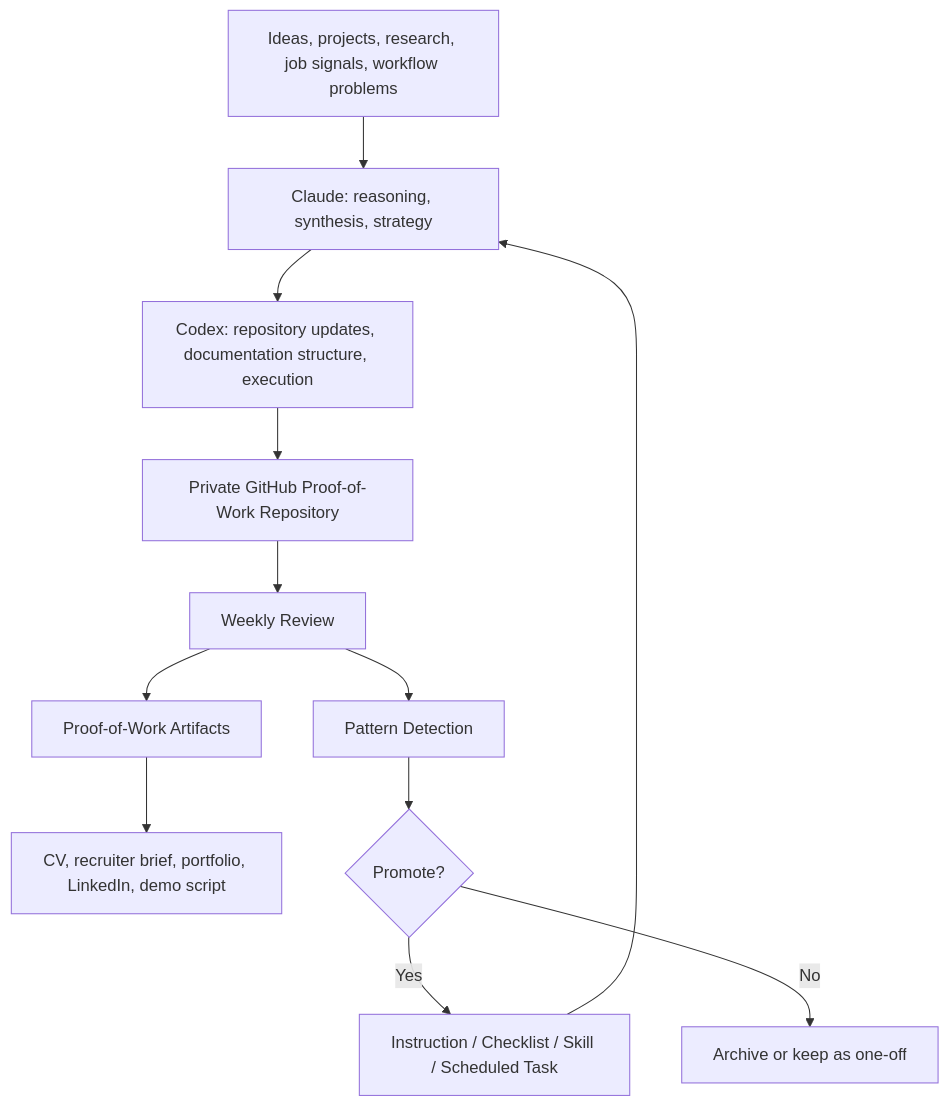
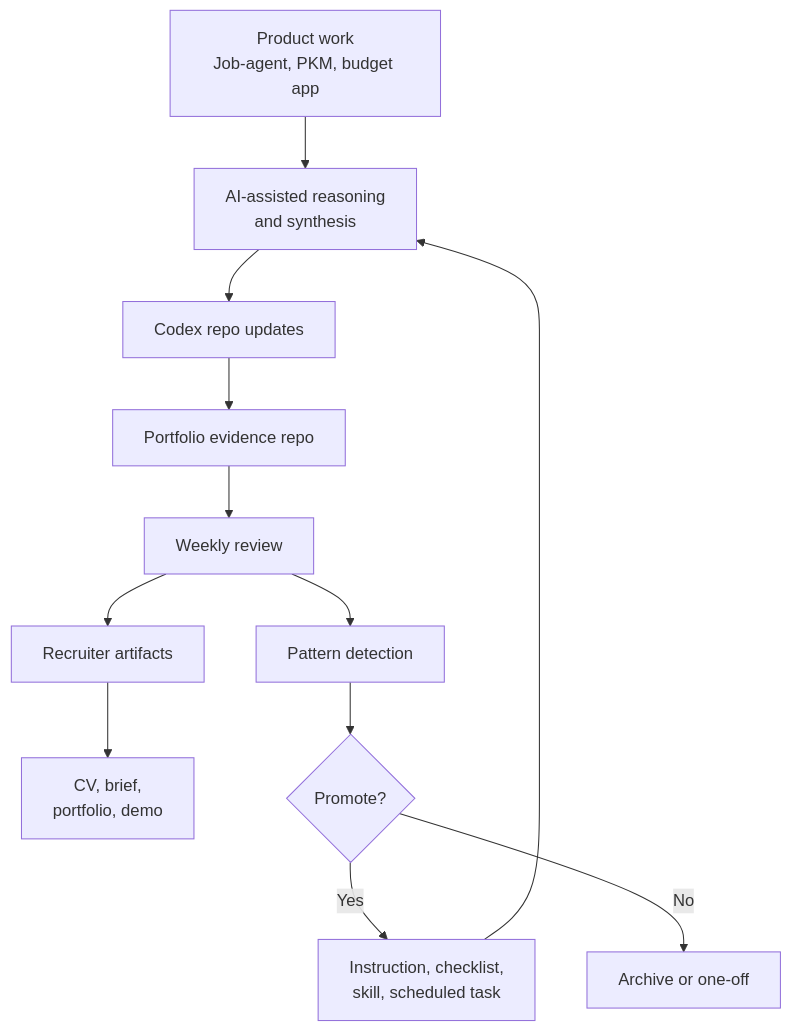
Before and after one commit to marcus-uden-dev/ai-native-proof-of-work: the diagram in README.md, drawn with Mermaid. The commit also changed other lines of this file and 78 other files, not shown here.

Commit message:
Reframe strategy and diagrams around project proof

````diff
--- a/README.md
+++ b/README.md
@@ -38,15 +38,15 @@
 ```mermaid
 flowchart TD
-    A[Ideas, projects, research, job signals, workflow problems] --> B[Claude: reasoning, synthesis, strategy]
-    B --> C[Codex: repository updates, documentation structure, execution]
-    C --> D[Private GitHub Proof-of-Work Repository]
-    D --> E[Weekly Review]
-    E --> F[Proof-of-Work Artifacts]
-    F --> G[CV, recruiter brief, portfolio, LinkedIn, demo script]
+    A["Product work<br/>Job-agent, PKM, budget app"] --> B["AI-assisted reasoning<br/>and synthesis"]
+    B --> C["Codex repo updates"]
+    C --> D["Portfolio evidence repo"]
+    D --> E["Weekly review"]
+    E --> F["Recruiter artifacts"]
+    F --> G["CV, brief,<br/>portfolio, demo"]
 
-    E --> H[Pattern Detection]
-    H --> I{Promote?}
-    I -->|Yes| J[Instruction / Checklist / Skill / Scheduled Task]
-    I -->|No| K[Archive or keep as one-off]
+    E --> H["Pattern detection"]
+    H --> I{"Promote?"}
+    I -->|Yes| J["Instruction, checklist,<br/>skill, scheduled task"]
+    I -->|No| K["Archive or one-off"]
     J --> B
 ```
````
